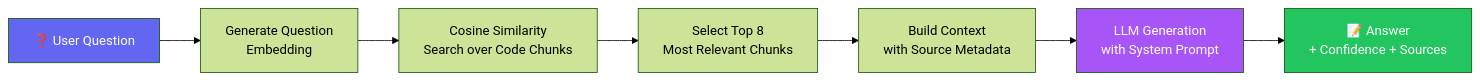
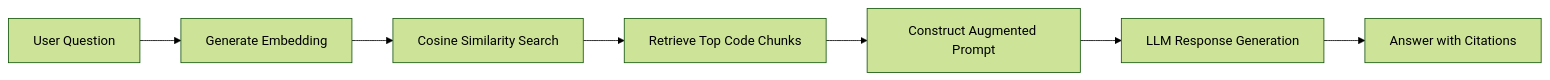
Before and after one commit to sivaganesh7/DevCodeX64: the fifth of 10 diagrams in README.md, drawn with Mermaid (forest theme). The commit also changed other lines of this file, not shown here.

````diff
--- a/README.md
+++ b/README.md
@@ -306,13 +262,9 @@
 ```mermaid
 flowchart LR
-    Q["❓ User Question"] --> EMB["Generate Question<br/>Embedding"]
-    EMB --> SEARCH["Cosine Similarity<br/>Search over Code Chunks"]
-    SEARCH --> TOP["Select Top 8<br/>Most Relevant Chunks"]
-    TOP --> CTX["Build Context<br/>with Source Metadata"]
-    CTX --> LLM["LLM Generation<br/>with System Prompt"]
-    LLM --> ANS["📝 Answer<br/>+ Confidence + Sources"]
-
-    style Q fill:#6366f1,color:#fff
-    style ANS fill:#22c55e,color:#fff
-    style LLM fill:#a855f7,color:#fff
+    Q["User Question"] --> E["Generate Embedding"]
+    E --> V["Cosine Similarity Search"]
+    V --> C["Retrieve Top Code Chunks"]
+    C --> P["Construct Augmented Prompt"]
+    P --> L["LLM Response Generation"]
+    L --> R["Answer with Citations"]
 ```
````
